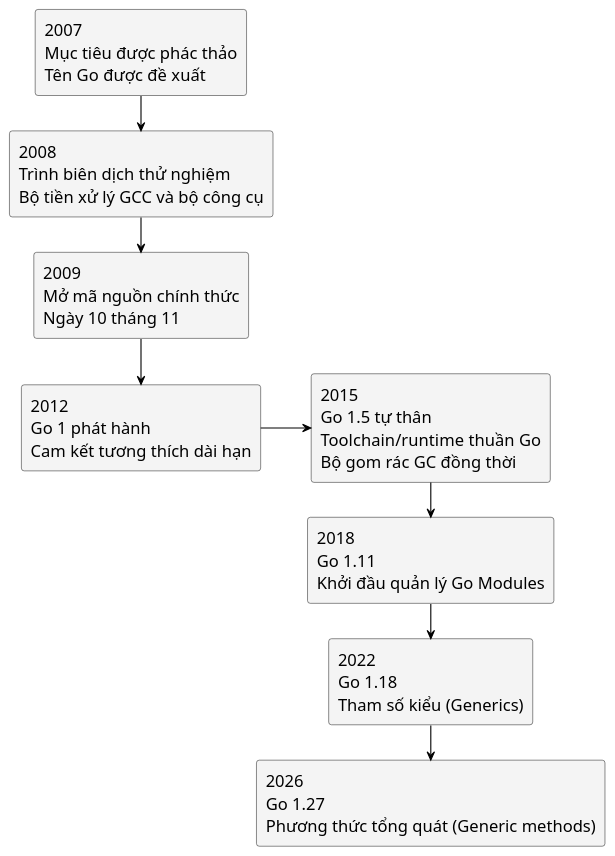
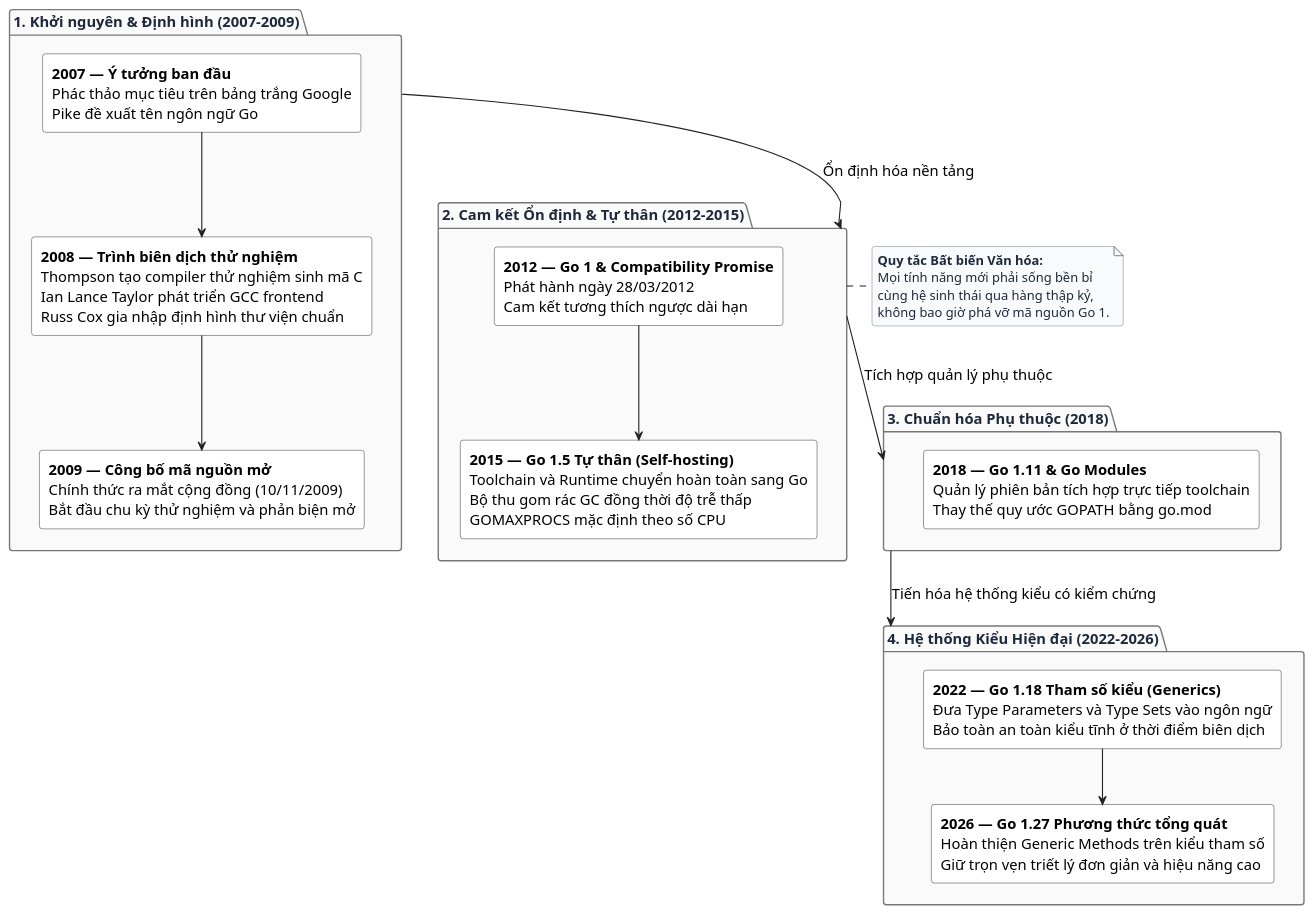
The diagram in assets/diagrams/go-history-timeline.puml (Minhlike/Golang), drawn with PlantUML before and after one commit. The commit also changed 149 other files, not shown here.

```diff
--- a/assets/diagrams/go-history-timeline.puml
+++ b/assets/diagrams/go-history-timeline.puml
@@ -1,40 +1,66 @@
 @startuml
-skinparam backgroundColor white
+skinparam backgroundColor #FFFFFF
+skinparam defaultFontName "Source Sans 3"
+skinparam defaultFontSize 16
 skinparam shadowing false
-skinparam note {
-  BackgroundColor #F5F5F5
+skinparam roundCorner 6
+skinparam arrowColor #222222
+skinparam arrowThickness 1.2
+
+skinparam package {
+  BackgroundColor #FAFAFA
   BorderColor #777777
+  FontColor #1E293B
+  FontStyle bold
+}
+
+skinparam rectangle {
+  BackgroundColor #FFFFFF
+  BorderColor #222222
   FontColor #000000
 }
-skinparam defaultFontName "Source Sans 3"
-skinparam defaultFontSize 18
-skinparam defaultFontColor #000000
-skinparam rectangle {
-  BackgroundColor #F4F4F4
-  BorderColor #000000
-  FontColor #000000
-  RoundCorner 6
+
+skinparam note {
+  BackgroundColor #F8FAFC
+  BorderColor #64748B
+  FontColor #1E293B
+  FontSize 14
 }
-skinparam arrowColor #000000
-skinparam ArrowThickness 1.2
-skinparam nodesep 55
-skinparam ranksep 38
+
 top to bottom direction
 
-rectangle "2007\nMục tiêu được phác thảo\nTên Go được đề xuất" as y2007
-rectangle "2008\nTrình biên dịch thử nghiệm\nBộ tiền xử lý GCC và bộ công cụ" as y2008
-rectangle "2009\nMở mã nguồn chính thức\nNgày 10 tháng 11" as y2009
-rectangle "2012\nGo 1 phát hành\nCam kết tương thích dài hạn" as y2012
-rectangle "2015\nGo 1.5 tự thân\nToolchain/runtime thuần Go\nBộ gom rác GC đồng thời" as y2015
-rectangle "2018\nGo 1.11\nKhởi đầu quản lý Go Modules" as y2018
-rectangle "2022\nGo 1.18\nTham số kiểu (Generics)" as y2022
-rectangle "2026\nGo 1.27\nPhương thức tổng quát (Generic methods)" as y2026
+package "1. Khởi nguyên & Định hình (2007–2009)" as era1 {
+  rectangle "<b>2007 — Ý tưởng ban đầu</b>\nPhác thảo mục tiêu trên bảng trắng Google\nPike đề xuất tên ngôn ngữ Go" as y2007
+  rectangle "<b>2008 — Trình biên dịch thử nghiệm</b>\nThompson tạo compiler thử nghiệm sinh mã C\nIan Lance Taylor phát triển GCC frontend\nRuss Cox gia nhập định hình thư viện chuẩn" as y2008
+  rectangle "<b>2009 — Công bố mã nguồn mở</b>\nChính thức ra mắt cộng đồng (10/11/2009)\nBắt đầu chu kỳ thử nghiệm và phản biện mở" as y2009
+  y2007 -down-> y2008
+  y2008 -down-> y2009
+}
 
-y2007 --> y2008
-y2008 --> y2009
-y2009 --> y2012
-y2012 -right-> y2015
-y2015 --> y2018
-y2018 --> y2022
-y2022 --> y2026
+package "2. Cam kết Ổn định & Tự thân (2012–2015)" as era2 {
+  rectangle "<b>2012 — Go 1 & Compatibility Promise</b>\nPhát hành ngày 28/03/2012\nCam kết tương thích ngược dài hạn" as y2012
+  rectangle "<b>2015 — Go 1.5 Tự thân (Self-hosting)</b>\nToolchain và Runtime chuyển hoàn toàn sang Go\nBộ thu gom rác GC đồng thời độ trễ thấp\nGOMAXPROCS mặc định theo số CPU" as y2015
+  y2012 -down-> y2015
+}
+
+package "3. Chuẩn hóa Phụ thuộc (2018)" as era3 {
+  rectangle "<b>2018 — Go 1.11 & Go Modules</b>\nQuản lý phiên bản tích hợp trực tiếp toolchain\nThay thế quy ước GOPATH bằng go.mod" as y2018
+}
+
+package "4. Hệ thống Kiểu Hiện đại (2022–2026)" as era4 {
+  rectangle "<b>2022 — Go 1.18 Tham số kiểu (Generics)</b>\nĐưa Type Parameters và Type Sets vào ngôn ngữ\nBảo toàn an toàn kiểu tĩnh ở thời điểm biên dịch" as y2022
+  rectangle "<b>2026 — Go 1.27 Phương thức tổng quát</b>\nHoàn thiện Generic Methods trên kiểu tham số\nGiữ trọn vẹn triết lý đơn giản và hiệu năng cao" as y2026
+  y2022 -down-> y2026
+}
+
+era1 -down-> era2 : Ổn định hóa nền tảng
+era2 -down-> era3 : Tích hợp quản lý phụ thuộc
+era3 -down-> era4 : Tiến hóa hệ thống kiểu có kiểm chứng
+
+note right of era2
+  <b>Quy tắc Bất biến Văn hóa:</b>
+  Mọi tính năng mới phải sống bền bỉ
+  cùng hệ sinh thái qua hàng thập kỷ,
+  không bao giờ phá vỡ mã nguồn Go 1.
+end note
 @enduml
```
